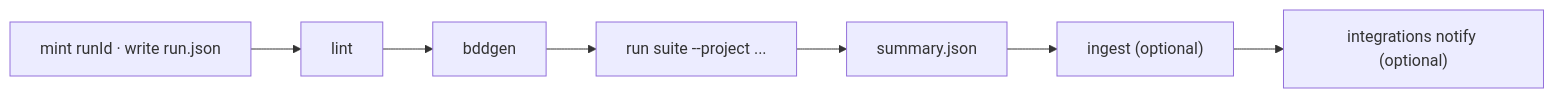
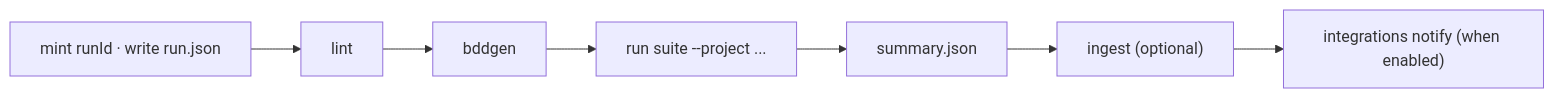
Before and after one commit to YarlisAISolutions/SDODS: the diagram in apps/docs/content/docs/reference/cli-commands/run.mdx, drawn with Mermaid. The commit also changed other lines of this file and 16 other files, not shown here.

First line of the commit message:
fix(integrations): notify from sdods run; issues get video/trace, remote dedupe, label checks

````diff
--- a/apps/docs/content/docs/reference/cli-commands/run.mdx
+++ b/apps/docs/content/docs/reference/cli-commands/run.mdx
@@ -56,4 +57,4 @@
 ```mermaid
 flowchart LR
-  A["mint runId · write run.json"] --> B["lint"] --> C["bddgen"] --> D["run suite --project ..."] --> E["summary.json"] --> F["ingest (optional)"] --> G["integrations notify (optional)"]
+  A["mint runId · write run.json"] --> B["lint"] --> C["bddgen"] --> D["run suite --project ..."] --> E["summary.json"] --> F["ingest (optional)"] --> G["integrations notify (when enabled)"]
 ```
````
